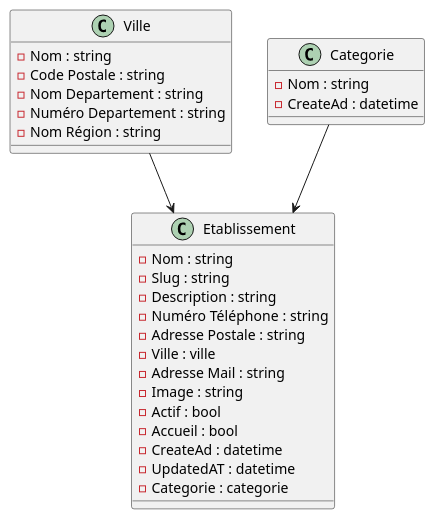
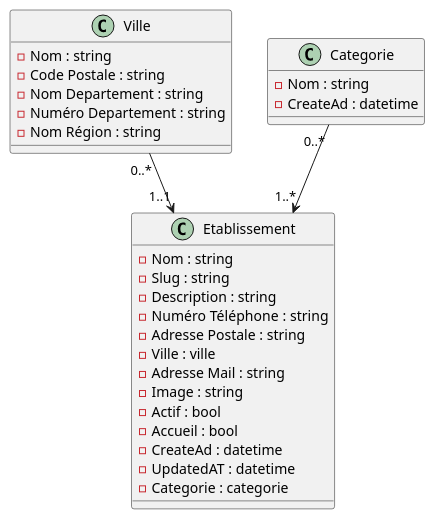
One commit to Zaldaf/FC-Tourisme changed the diagram in documentation/diagramme de classe.puml. Above: the diagram before and after it, drawn with PlantUML.

Commit message:
diagramme PlantUml

```diff
--- a/documentation/diagramme de classe.puml
+++ b/documentation/diagramme de classe.puml
@@ -1,38 +1,38 @@
 @startuml
 'https://plantuml.com/class-diagram
 
 
 class Etablissement {
 -Nom : string
 -Slug : string
 -Description : string
 -Numéro Téléphone : string
 -Adresse Postale : string
 -Ville : ville
 -Adresse Mail : string
 -Image : string
 -Actif : bool
 -Accueil : bool
 -CreateAd : datetime
 -UpdatedAT : datetime
 -Categorie : categorie
 }
 
 class Ville {
 -Nom : string
 -Code Postale : string
 -Nom Departement : string
 -Numéro Departement : string
 -Nom Région : string
 
 }
 
 class Categorie {
 -Nom : string
 -CreateAd : datetime
 }
 
-Ville --> Etablissement
-Categorie --> Etablissement
+Ville "0..*"-->"1..1" Etablissement
+Categorie "0..*"-->"1..*" Etablissement
 
 @enduml
```
